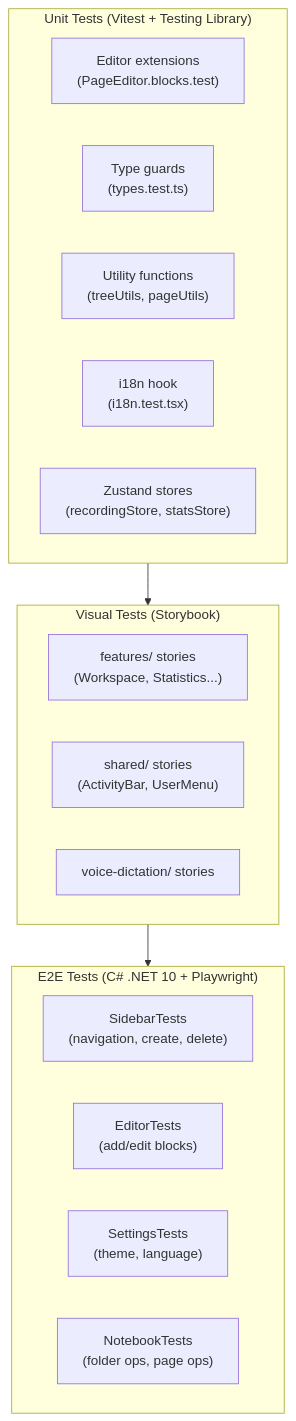
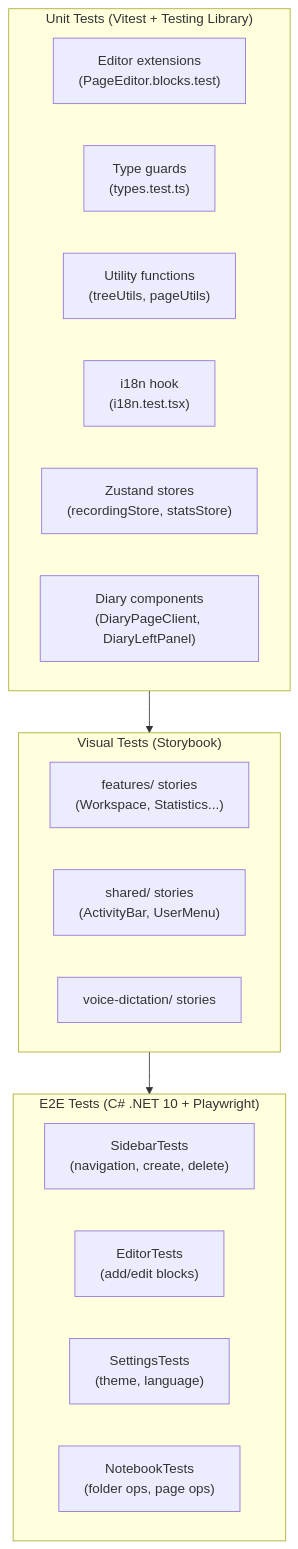
Before and after one commit to Ligred/devTree: diagram 19 of 20 in docs/ARCHITECTURE.md, drawn with Mermaid. The commit also changed other lines of this file and 7 other files, not shown here.

````diff
--- a/docs/ARCHITECTURE.md
+++ b/docs/ARCHITECTURE.md
@@ -762,25 +796,26 @@
 ```mermaid
 graph TD
     subgraph Unit["Unit Tests (Vitest + Testing Library)"]
         UBlock["Editor extensions\n(PageEditor.blocks.test)"]
         UTypes["Type guards\n(types.test.ts)"]
         UUtils["Utility functions\n(treeUtils, pageUtils)"]
         UI18n["i18n hook\n(i18n.test.tsx)"]
         UStores["Zustand stores\n(recordingStore, statsStore)"]
+        UDiary["Diary components\n(DiaryPageClient, DiaryLeftPanel)"]
     end
 
     subgraph Visual["Visual Tests (Storybook)"]
         SFeature["features/ stories\n(Workspace, Statistics...)"]
         SShared["shared/ stories\n(ActivityBar, UserMenu)"]
         SVoice["voice-dictation/ stories"]
     end
 
     subgraph E2E["E2E Tests (C# .NET 10 + Playwright)"]
         ESidebar["SidebarTests\n(navigation, create, delete)"]
         EEditor["EditorTests\n(add/edit blocks)"]
         ESettings["SettingsTests\n(theme, language)"]
         ENotebook["NotebookTests\n(folder ops, page ops)"]
     end
 
     Unit --> Visual --> E2E
 ```
````
